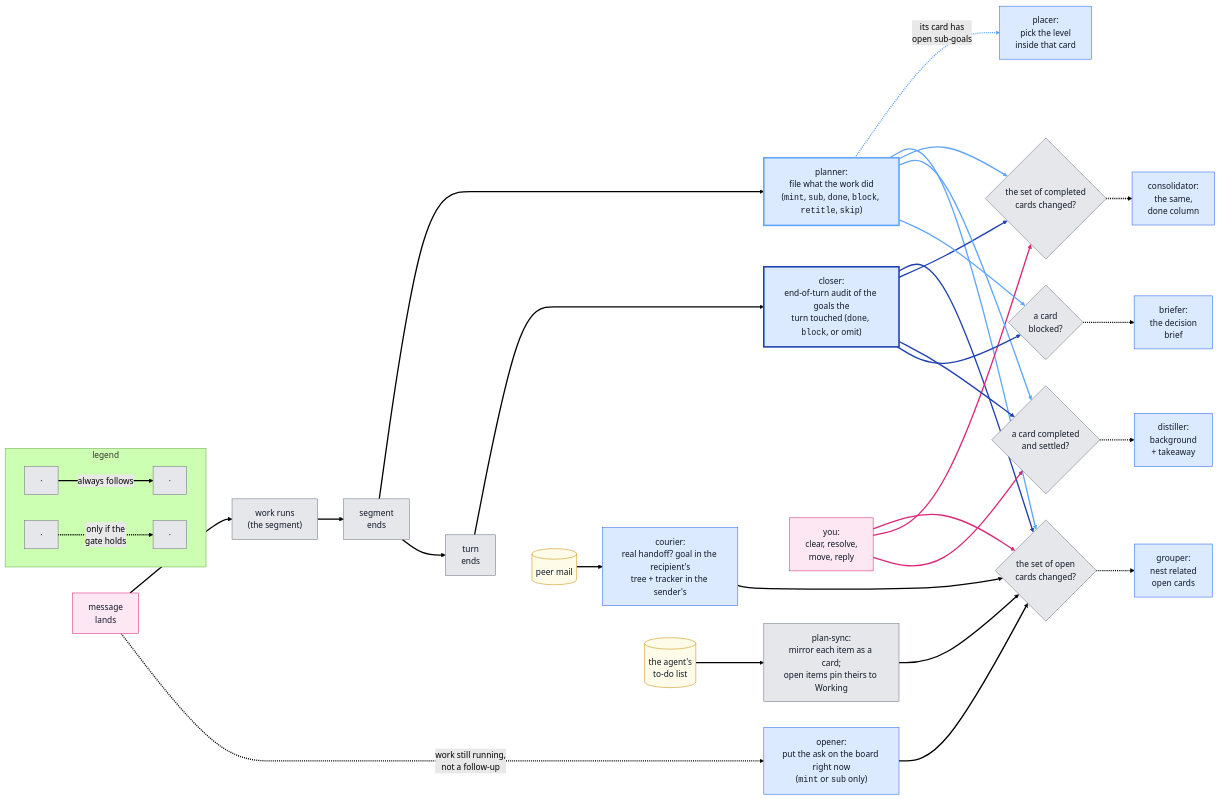
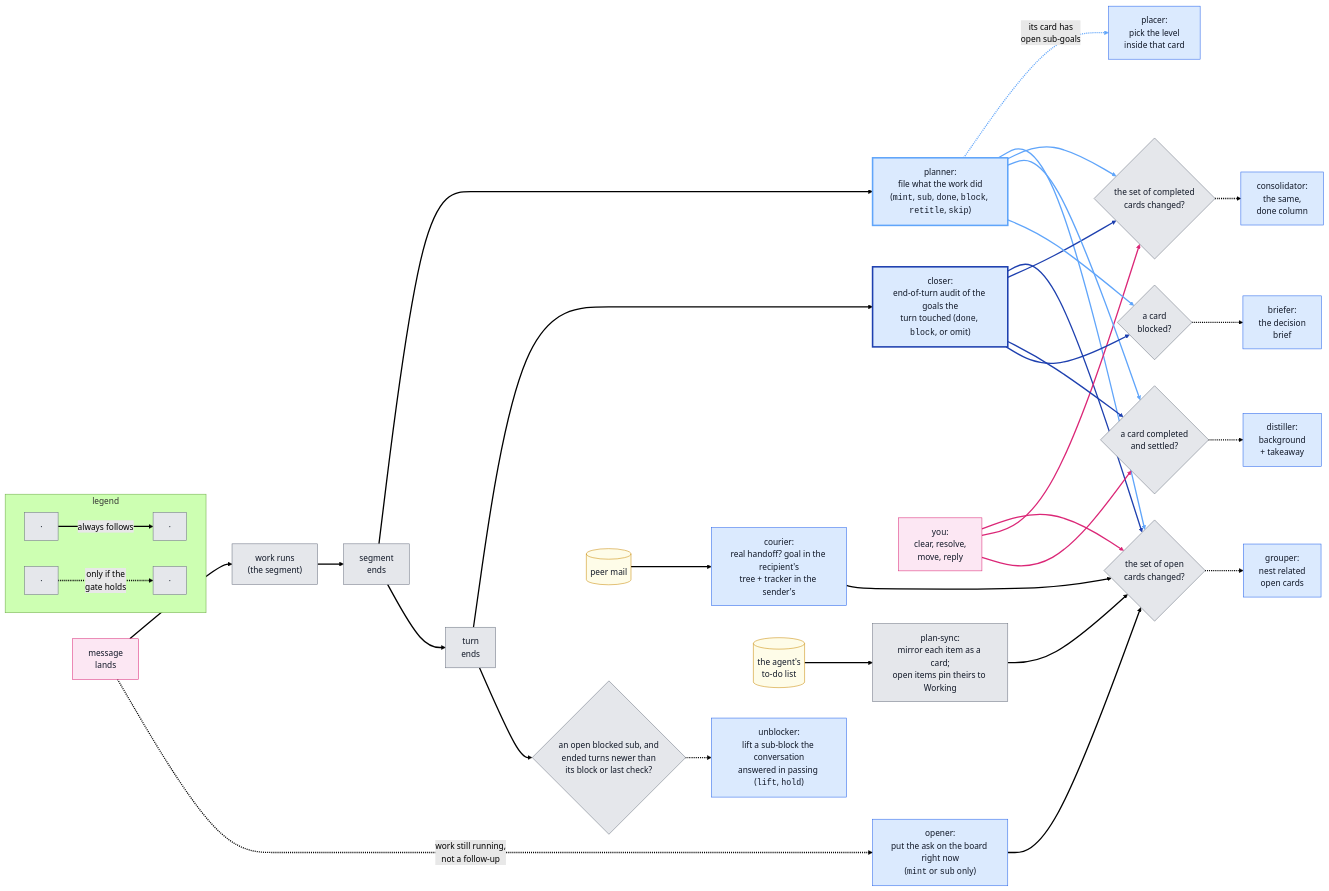
The third of 6 diagrams in docs/judge-pipeline.md (Chris-mian/romp), drawn with Mermaid (forest theme) before and after one commit. The commit also changed other lines of this file and 9 other files, not shown here.

````diff
--- a/docs/judge-pipeline.md
+++ b/docs/judge-pipeline.md
@@ -82,35 +85,37 @@
 ```mermaid
 flowchart LR
     M["message<br/>lands"]:::user --> W["work runs<br/>(the segment)"]:::det --> E["segment<br/>ends"]:::det
     M -.->|"work still running,<br/>not a follow-up"| PP["opener:<br/>put the ask on the board right now<br/>(<code>mint</code> or <code>sub</code> only)"]:::llm
     E --> PL["planner:<br/>file what the work did<br/>(<code>mint</code>, <code>sub</code>, <code>done</code>, <code>block</code>, <code>retitle</code>, <code>skip</code>)"]:::planner
     E --> X["turn<br/>ends"]:::det
     X --> CL["closer:<br/>end-of-turn audit of the goals the<br/>turn touched (<code>done</code>, <code>block</code>, or omit)"]:::closer
     PL -.->|"its card has<br/>open sub-goals"| PC["placer:<br/>pick the level<br/>inside that card"]:::llm
     X ~~~ MAIL[("peer mail")]:::data --> CO["courier:<br/>real handoff? goal in the recipient's<br/>tree + tracker in the sender's"]:::llm
     X ~~~ TODO[("the agent's<br/>to-do list")]:::data --> SYNC["plan-sync:<br/>mirror each item as a card;<br/>open items pin theirs to Working"]:::det
     CO ~~~ YOU["you:<br/>clear, resolve,<br/>move, reply"]:::user
     PP & PL & CL & CO & SYNC & YOU --> OG{"the set of open<br/>cards changed?"}:::det
     OG -.-> GR["grouper:<br/>nest related<br/>open cards"]:::llm
     PL & CL & YOU --> CG{"the set of completed<br/>cards changed?"}:::det
     CG -.-> CN["consolidator:<br/>the same,<br/>done column"]:::llm
     PL & CL & YOU --> DG{"a card completed<br/>and settled?"}:::det
     DG -.-> DI["distiller:<br/>background<br/>+ takeaway"]:::llm
     PL & CL --> BG{"a card<br/>blocked?"}:::det
     BG -.-> BR["briefer:<br/>the decision<br/>brief"]:::llm
+    X --> UG{"an open blocked sub, and<br/>ended turns newer than<br/>its block or last check?"}:::det
+    UG -.-> UN["unblocker:<br/>lift a sub-block the conversation<br/>answered in passing (<code>lift</code>, <code>hold</code>)"]:::llm
     subgraph LEGEND["legend"]
         direction LR
         LS1["·"]:::det -->|"always follows"| LS2["·"]:::det
         LD1["·"]:::det -.->|"only if the<br/>gate holds"| LD2["·"]:::det
     end
     linkStyle default stroke-width:2.5px
     linkStyle 6,13,19,23,27 stroke:#60a5fa
     linkStyle 14,20,24,28 stroke:#1e40af
     linkStyle 17,21,25 stroke:#db2777
     classDef llm fill:#dbeafe,stroke:#2563eb,color:#111827
     classDef planner fill:#dbeafe,stroke:#60a5fa,stroke-width:3px,color:#111827
     classDef closer fill:#dbeafe,stroke:#1e40af,stroke-width:3px,color:#111827
     classDef det fill:#e5e7eb,stroke:#6b7280,color:#111827
     classDef data fill:#fefce8,stroke:#ca8a04,color:#111827
     classDef user fill:#fce7f3,stroke:#db2777,color:#111827
 ```
````
